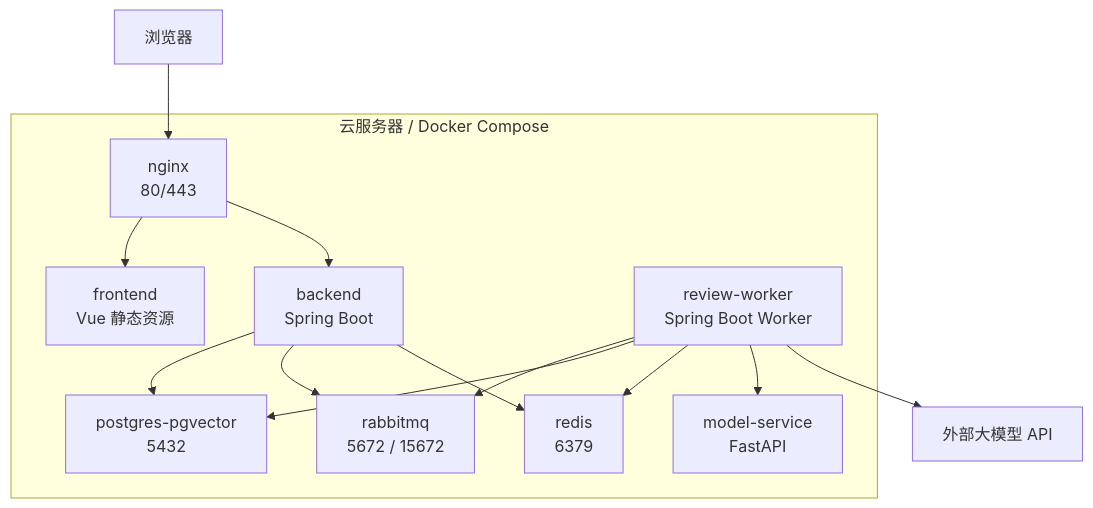
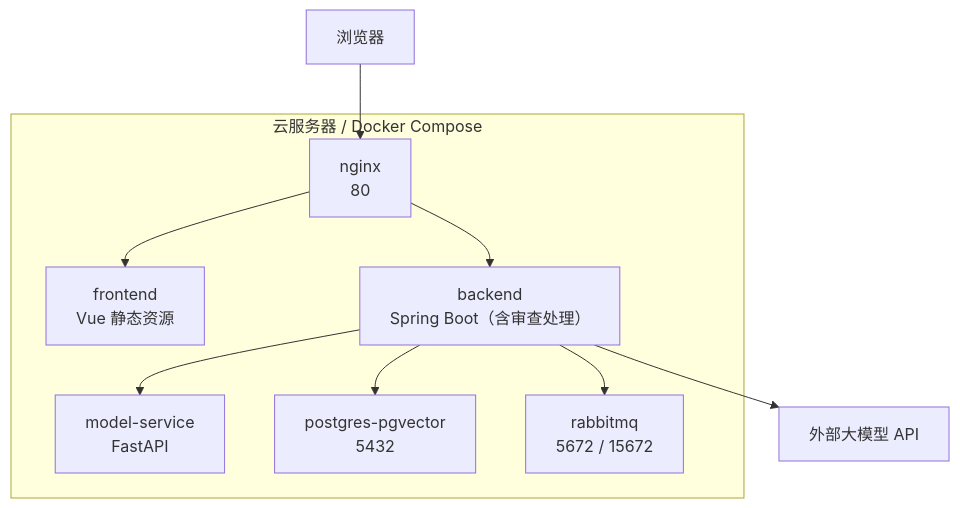
Before and after one commit to LinYsssss/ForgePilot: the fifth of 5 diagrams in docs/01_系统架构设计说明书.md, drawn with Mermaid. The commit also changed other lines of this file and 54 other files, not shown here.

````diff
--- a/docs/01_系统架构设计说明书.md
+++ b/docs/01_系统架构设计说明书.md
@@ -184,25 +185,19 @@
 ```mermaid
 flowchart TB
     subgraph Server["云服务器 / Docker Compose"]
-        Nginx["nginx<br/>80/443"]
+        Nginx["nginx<br/>80"]
         Frontend["frontend<br/>Vue 静态资源"]
-        Backend["backend<br/>Spring Boot"]
-        Worker["review-worker<br/>Spring Boot Worker"]
+        Backend["backend<br/>Spring Boot（含审查处理）"]
         Model["model-service<br/>FastAPI"]
         DB["postgres-pgvector<br/>5432"]
         MQ["rabbitmq<br/>5672 / 15672"]
-        Redis["redis<br/>6379"]
     end
 
     Browser["浏览器"] --> Nginx
     Nginx --> Frontend
     Nginx --> Backend
     Backend --> DB
     Backend --> MQ
-    Backend --> Redis
-    Worker --> MQ
-    Worker --> DB
-    Worker --> Redis
-    Worker --> Model
-    Worker --> LLM["外部大模型 API"]
+    Backend --> Model
+    Backend --> LLM["外部大模型 API"]
 ```
````
